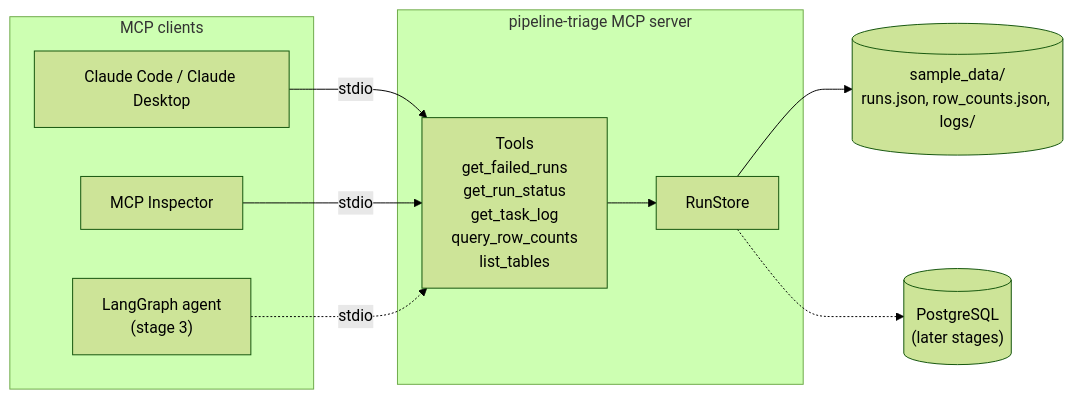
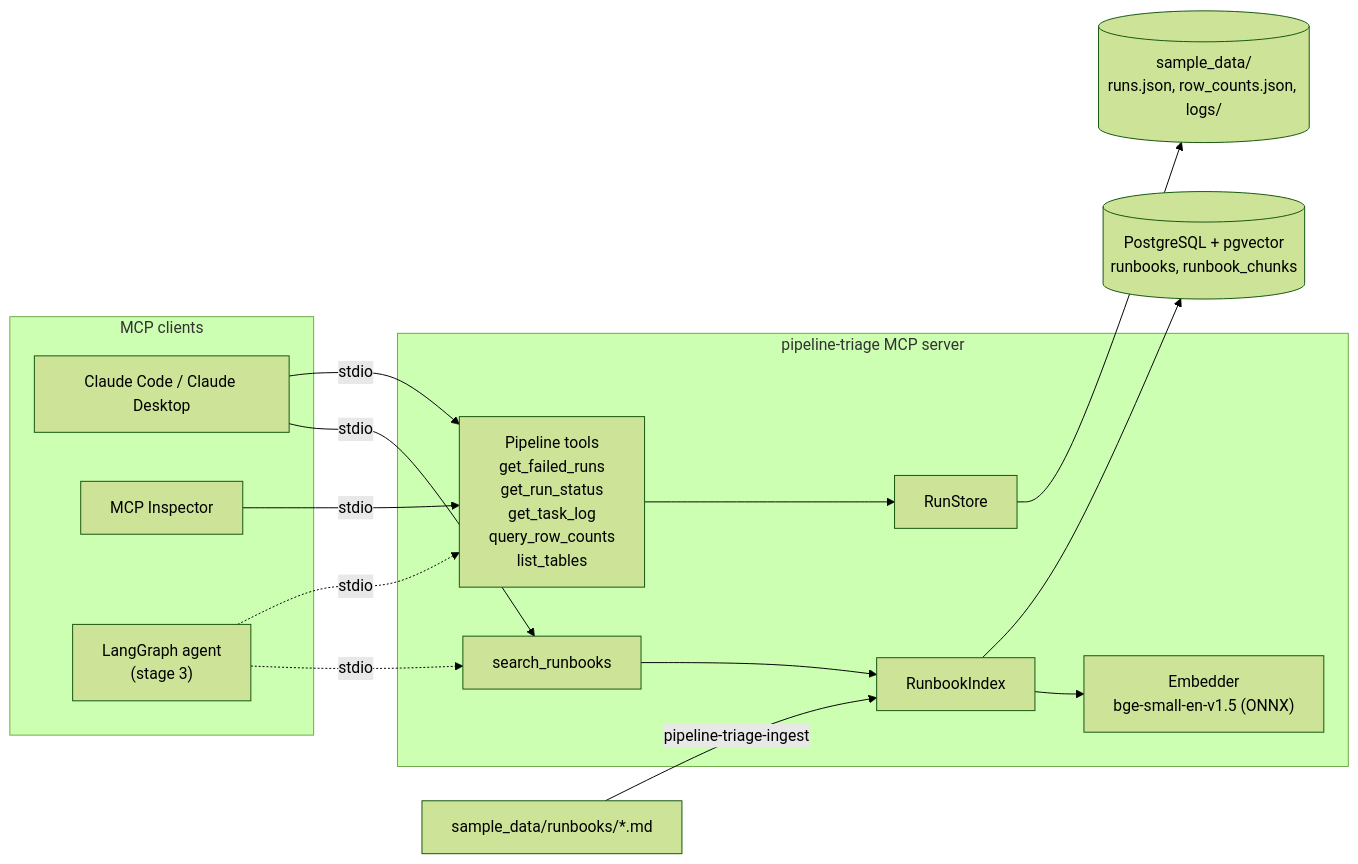
The diagram in README.md (RiverburnCruiser/pipeline-triage-agent), drawn with Mermaid (forest theme) before and after one commit. The commit also changed other lines of this file and 23 other files, not shown here.

First line of the commit message:
Stage 2: runbook search with pgvector (RAG retrieval)

````diff
--- a/README.md
+++ b/README.md
@@ -23,23 +27,30 @@
 ```mermaid
 flowchart LR
     subgraph clients[MCP clients]
         CC[Claude Code / Claude Desktop]
         INS[MCP Inspector]
         AG["LangGraph agent<br/>(stage 3)"]
     end
 
     subgraph server[pipeline-triage MCP server]
-        T[Tools<br/>get_failed_runs<br/>get_run_status<br/>get_task_log<br/>query_row_counts<br/>list_tables]
+        T[Pipeline tools<br/>get_failed_runs<br/>get_run_status<br/>get_task_log<br/>query_row_counts<br/>list_tables]
+        R[search_runbooks]
         S[RunStore]
+        I[RunbookIndex]
+        E["Embedder<br/>bge-small-en-v1.5 (ONNX)"]
     end
 
     D[("sample_data/<br/>runs.json, row_counts.json, logs/")]
-    PG[("PostgreSQL<br/>(later stages)")]
+    PG[("PostgreSQL + pgvector<br/>runbooks, runbook_chunks")]
+    MD["sample_data/runbooks/*.md"]
 
     CC -- stdio --> T
+    CC -- stdio --> R
     INS -- stdio --> T
     AG -. stdio .-> T
-    T --> S
-    S --> D
-    S -.-> PG
+    AG -. stdio .-> R
+    T --> S --> D
+    R --> I --> PG
+    I --> E
+    MD -- pipeline-triage-ingest --> I
 ```
````
